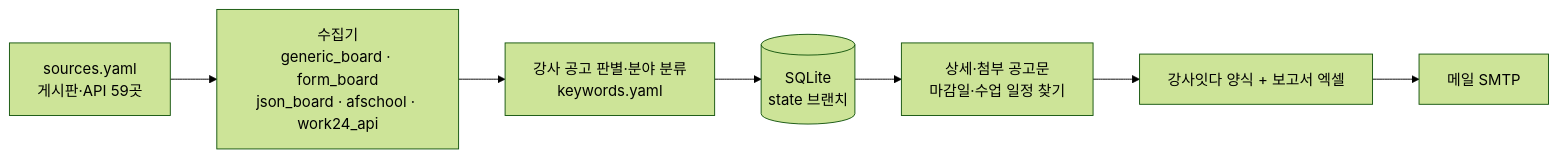
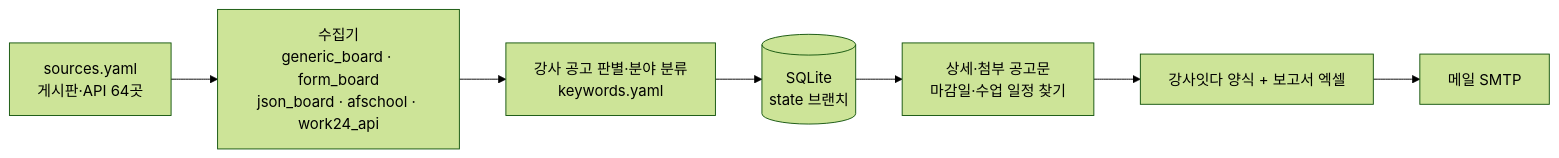
One commit to thskal17-sudo/busan-school-company changed the diagram in docs/DESIGN.md. Above: the diagram before and after it, drawn with Mermaid (forest theme). The commit also changed other lines of this file and 6 other files, not shown here.

````diff
--- a/docs/DESIGN.md
+++ b/docs/DESIGN.md
@@ -29,9 +29,9 @@
 ```mermaid
 flowchart LR
-    S[sources.yaml<br/>게시판·API 59곳] --> C[수집기<br/>generic_board · form_board<br/>json_board · afschool · work24_api]
+    S[sources.yaml<br/>게시판·API 64곳] --> C[수집기<br/>generic_board · form_board<br/>json_board · afschool · work24_api]
     C --> F[강사 공고 판별·분야 분류<br/>keywords.yaml]
     F --> D[(SQLite<br/>state 브랜치)]
     D --> I[상세·첨부 공고문<br/>마감일·수업 일정 찾기]
     I --> X[강사잇다 양식 + 보고서 엑셀]
     X --> M[메일 SMTP]
 ```
````
